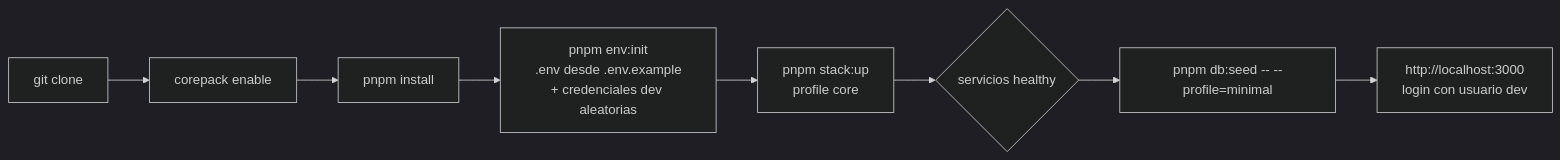
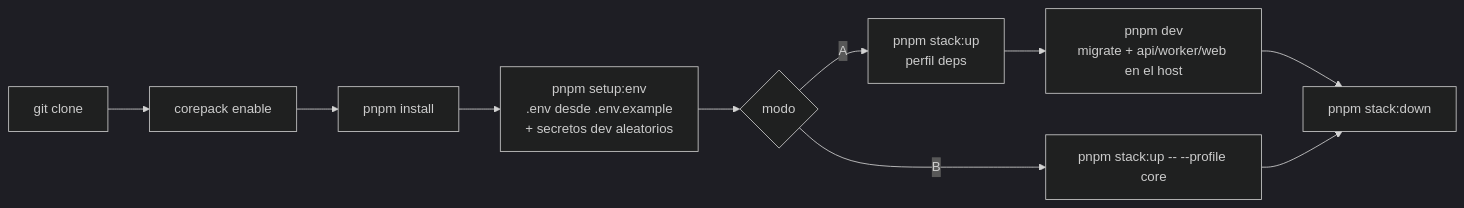
Before and after one commit to manuXD270516/personal-finances: the first of 4 diagrams in docs/19-local-development.md, drawn with Mermaid (dark theme). The commit also changed other lines of this file and 4 other files, not shown here.

````diff
--- a/docs/19-local-development.md
+++ b/docs/19-local-development.md
@@ -131,10 +140,11 @@
 ```mermaid
 flowchart LR
   A[git clone] --> B[corepack enable]
   B --> C[pnpm install]
-  C --> D[pnpm env:init<br/>.env desde .env.example<br/>+ credenciales dev aleatorias]
-  D --> E[pnpm stack:up<br/>profile core]
-  E --> F{servicios healthy}
-  F --> G[pnpm db:seed -- --profile=minimal]
-  G --> H[http://localhost:3000<br/>login con usuario dev]
+  C --> D[pnpm setup:env<br/>.env desde .env.example<br/>+ secretos dev aleatorios]
+  D --> E{modo}
+  E -->|A| F[pnpm stack:up<br/>perfil deps] --> G[pnpm dev<br/>migrate + api/worker/web en el host]
+  E -->|B| H[pnpm stack:up -- --profile core]
+  G --> I[pnpm stack:down]
+  H --> I
 ```
````
